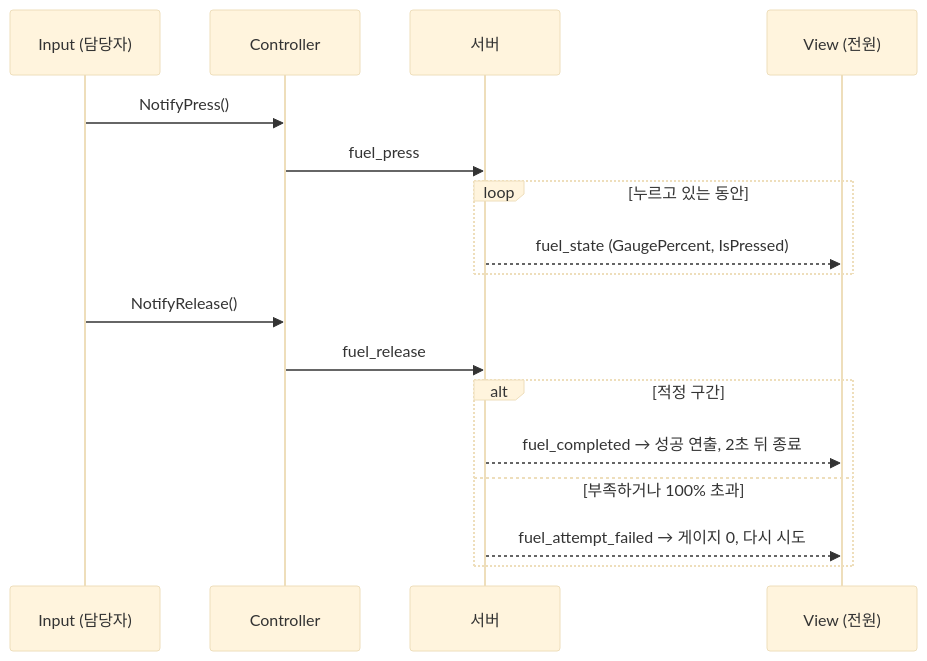
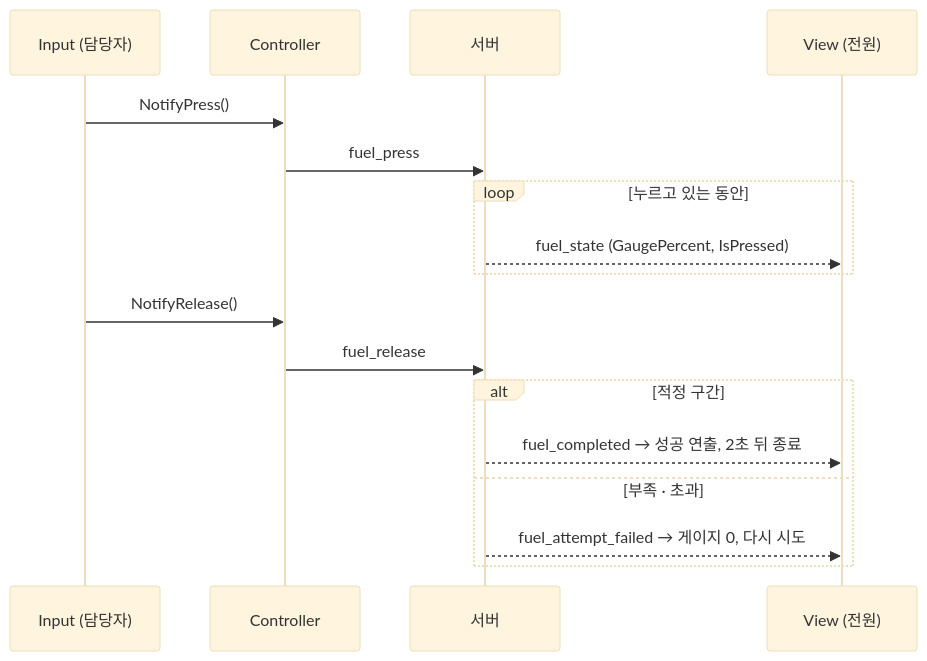
Before and after one commit to ebsongg1/portfolio: the fourth of 6 diagrams in src/2-team-driving/기술문서.md, drawn with Mermaid (base theme). The commit also changed other lines of this file and 1 other file, not shown here.

````diff
--- a/src/2-team-driving/기술문서.md
+++ b/src/2-team-driving/기술문서.md
@@ -232,19 +261,19 @@
 ```mermaid
 sequenceDiagram
     participant I as Input (담당자)
     participant C as Controller
     participant S as 서버
     participant V as View (전원)
     I->>C: NotifyPress()
     C->>S: fuel_press
     loop 누르고 있는 동안
         S-->>V: fuel_state (GaugePercent, IsPressed)
     end
     I->>C: NotifyRelease()
     C->>S: fuel_release
     alt 적정 구간
         S-->>V: fuel_completed → 성공 연출, 2초 뒤 종료
-    else 부족하거나 100% 초과
+    else 부족 · 초과
         S-->>V: fuel_attempt_failed → 게이지 0, 다시 시도
     end
 ```
````
